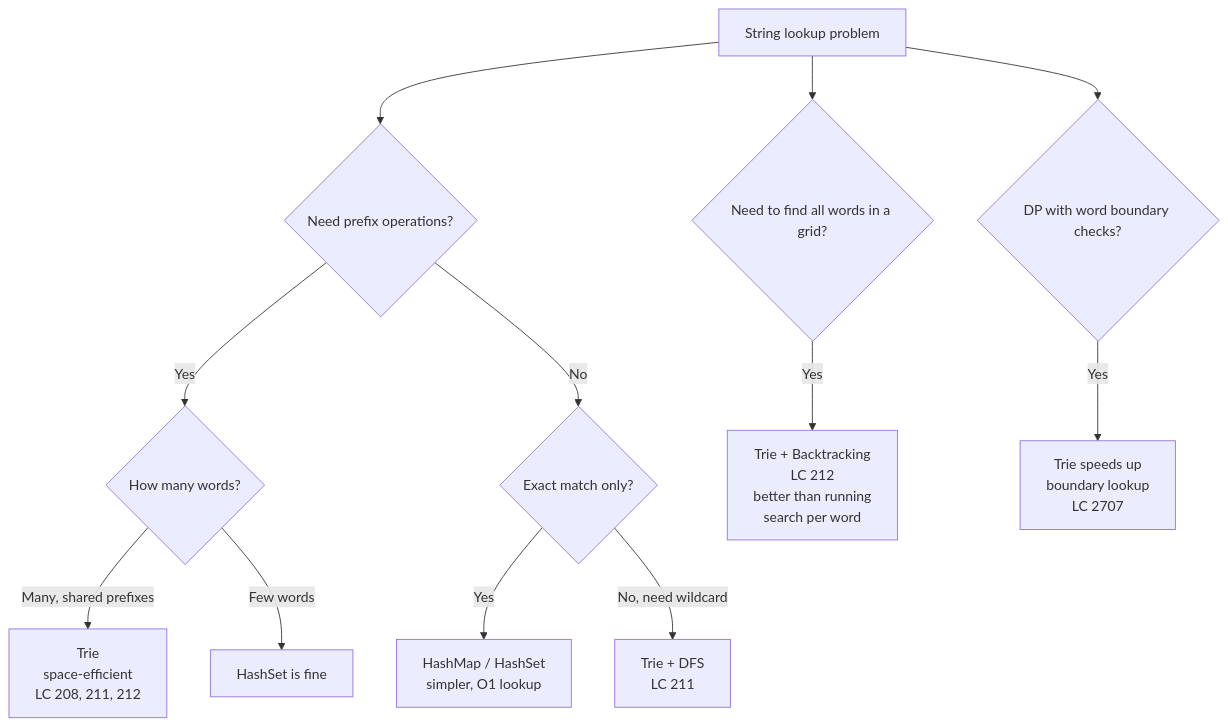
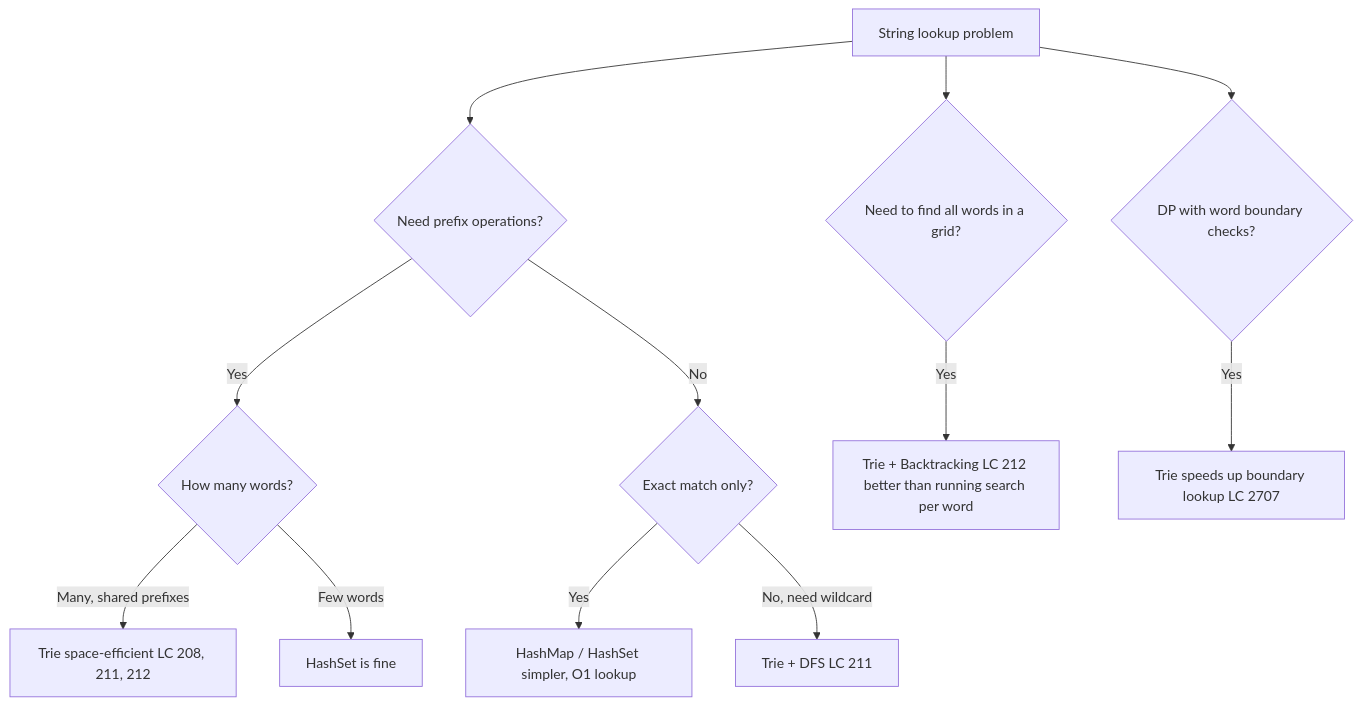
Before and after one commit to deepanshu-rawat6/AlgoAtlas: the sixth of 7 diagrams in tries/README.md, drawn with Mermaid. The commit also changed other lines of this file and 13 other files, not shown here.

````diff
--- a/tries/README.md
+++ b/tries/README.md
@@ -102,14 +102,14 @@
 ```mermaid
 flowchart TD
     A[String lookup problem] --> B{"Need prefix operations?"}
     B -- Yes --> C{"How many words?"}
-    C -- Many, shared prefixes --> D[Trie<br>space-efficient<br>LC 208, 211, 212]
+    C -- Many, shared prefixes --> D[Trie space-efficient LC 208, 211, 212]
     C -- Few words --> E[HashSet is fine]
     B -- No --> F{"Exact match only?"}
-    F -- Yes --> G[HashMap / HashSet<br>simpler, O1 lookup]
-    F -- No, need wildcard --> H[Trie + DFS<br>LC 211]
+    F -- Yes --> G[HashMap / HashSet simpler, O1 lookup]
+    F -- No, need wildcard --> H[Trie + DFS LC 211]
     A --> I{"Need to find all words in a grid?"}
-    I -- Yes --> J[Trie + Backtracking<br>LC 212<br>better than running<br>search per word]
+    I -- Yes --> J[Trie + Backtracking LC 212 better than running search per word]
     A --> K{"DP with word boundary checks?"}
-    K -- Yes --> L[Trie speeds up<br>boundary lookup<br>LC 2707]
+    K -- Yes --> L[Trie speeds up boundary lookup LC 2707]
 ```
````
